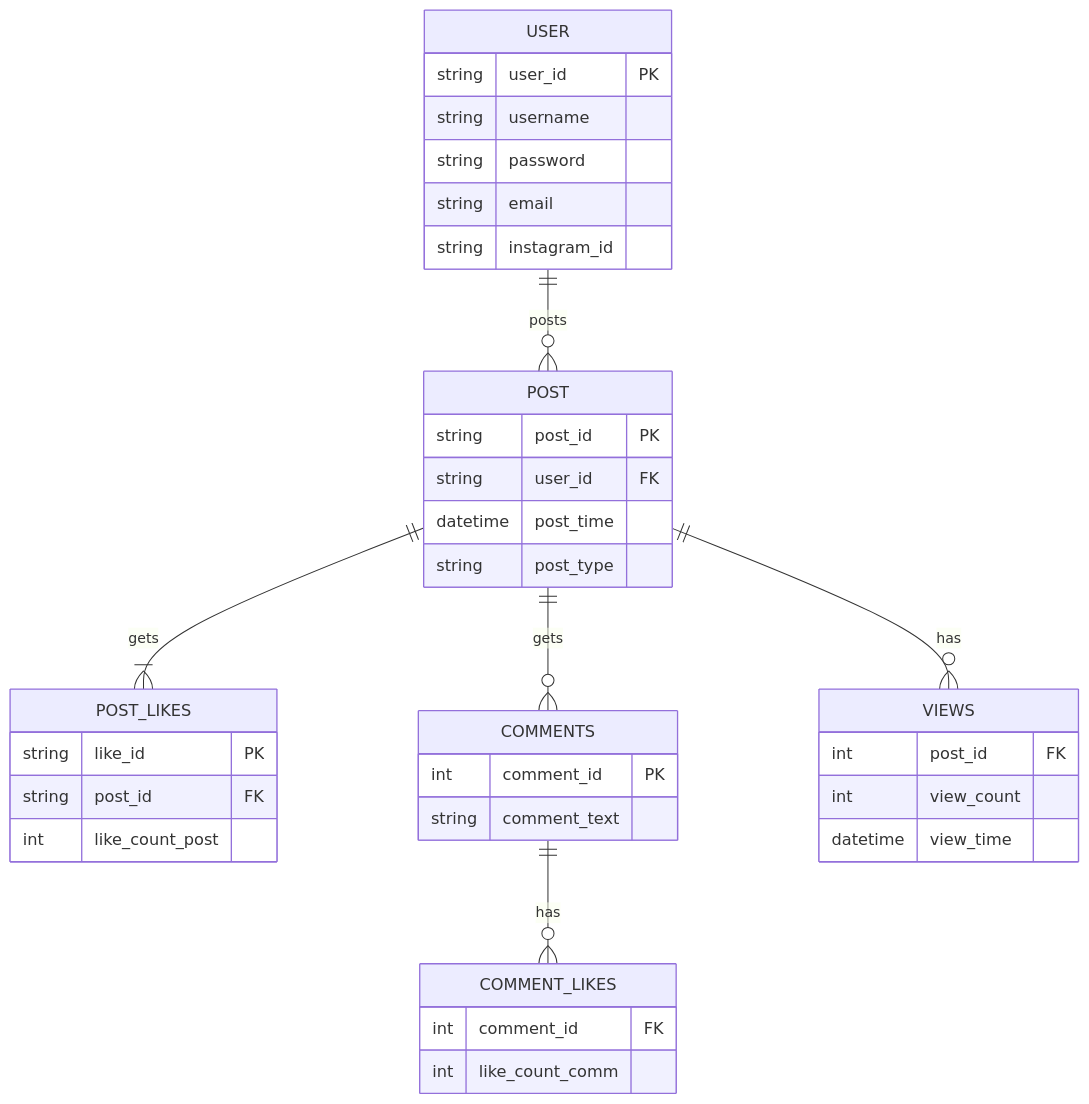
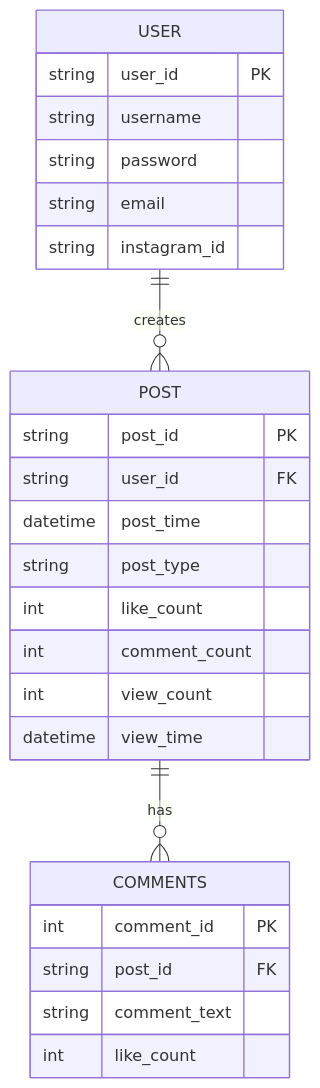
One commit to pavitra-04/Insta-Engager changed the diagram in docs/erd.mmd. Above: the diagram before and after it, drawn with Mermaid.

Commit message:
Simplified ER diagram by removing redundant entities

```diff
--- a/docs/erd.mmd
+++ b/docs/erd.mmd
@@ -1,39 +1,28 @@
 erDiagram
-    USER ||--o{ POST : posts
-    POST ||--|{ POST_LIKES : gets
-    POST ||--o{ COMMENTS : gets
-    POST ||--o{ VIEWS : has
-    COMMENTS ||--o{ COMMENT_LIKES : has
+    USER ||--o{ POST : creates 
+    POST ||--o{ COMMENTS : has
 
     USER {
         string user_id PK
         string username
         string password
         string email
         string instagram_id
     }
     POST {
         string post_id PK
         string user_id FK
         datetime post_time
         string post_type
+        int like_count
+        int comment_count
+        int view_count
+        datetime view_time
     }
-    POST_LIKES {
-        string like_id PK
-        string post_id FK
-        int like_count_post
-    }
+    
     COMMENTS {
         int comment_id PK
+        string post_id FK
         string comment_text
+        int like_count
     }
-    VIEWS {
-        int post_id FK
-        int view_count
-        datetime view_time
-
-    }
-    COMMENT_LIKES {
-        int comment_id FK
-        int like_count_comm
-    }
```
